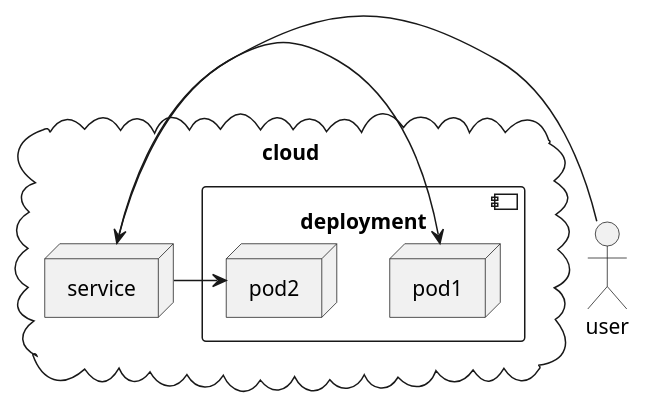
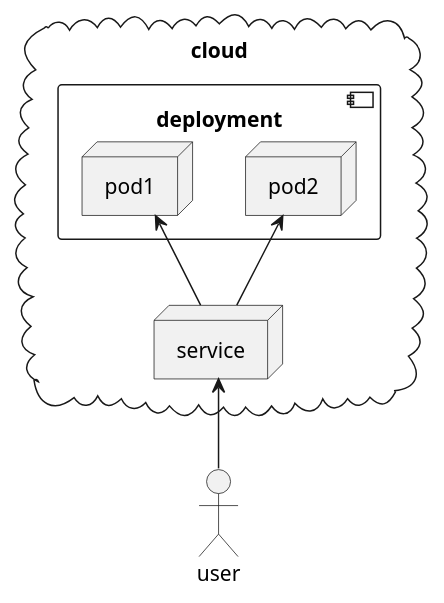
The diagram in lab2/diagram.puml (kairoslav/2023_2024-introduction_to_distributed_technologies-K4111c-kayranov_s_e), drawn with PlantUML before and after one commit. The commit also changed 3 other files, not shown here.

Commit message:
new fancy diagram for lab2

```diff
--- a/lab2/diagram.puml
+++ b/lab2/diagram.puml
@@ -1,18 +1,18 @@
 @startuml
 actor user
 
 cloud cloud {
 
     node service
 
     component deployment {
         node pod1
         node pod2
     }
 
-    service -> pod1
-    service -> pod2
+    service -up-> pod1
+    service -up-> pod2
 }
-user -> service
+user -up-> service
 
 @enduml
```
